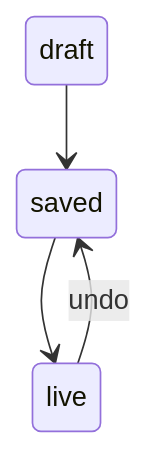
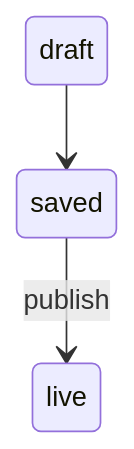
One commit to matthewwong525/WongStack changed the second of 2 diagrams in .agents/skills/plan/references/drawings.md. Above: the diagram before and after it, drawn with Mermaid. The commit also changed other lines of this file and 16 other files, not shown here.

````diff
--- a/.agents/skills/plan/references/drawings.md
+++ b/.agents/skills/plan/references/drawings.md
@@ -24,6 +19,5 @@
 ```mermaid
 stateDiagram-v2
   draft --> saved
-  saved --> live
-  live --> saved: undo
+  saved --> live: publish
 ```
````
